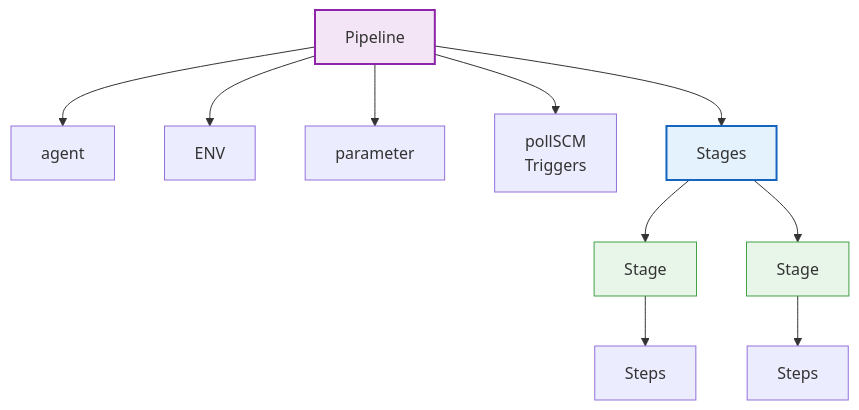
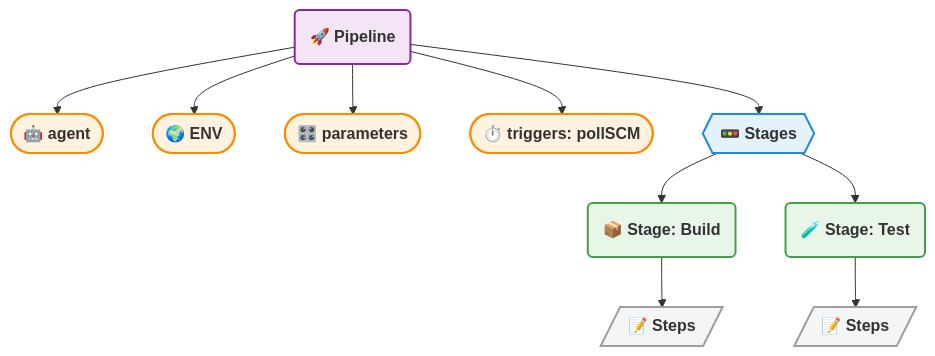
The sixth of 6 diagrams in README.md (maratinikhil/Pipeline-Documentation), drawn with Mermaid before and after one commit. The commit also changed other lines of this file, not shown here.

````diff
--- a/README.md
+++ b/README.md
@@ -298,22 +329,35 @@
 ```mermaid
 graph TD
-    Pipeline[Pipeline]
+    %% Main Pipeline Block
+    Pipeline(🚀 Pipeline)
     
-    Pipeline --> agent[agent]
-    Pipeline --> ENV[ENV]
-    Pipeline --> parameter[parameter]
-    Pipeline --> triggers[pollSCM<br>Triggers]
-    Pipeline --> Stages[Stages]
+    %% Configuration Directives
+    Pipeline --> agent([🤖 agent])
+    Pipeline --> ENV([🌍 ENV])
+    Pipeline --> parameter([🎛️ parameters])
+    Pipeline --> triggers([⏱️ triggers: pollSCM])
     
-    Stages --> Stage1[Stage]
-    Stage1 --> Steps1[Steps]
+    %% Execution Blocks
+    Pipeline --> Stages{{🚥 Stages}}
     
-    Stages --> Stage2[Stage]
-    Stage2 --> Steps2[Steps]
+    Stages --> Stage1(📦 Stage: Build)
+    Stage1 --> Steps1[/📝 Steps/]
+    
+    Stages --> Stage2(🧪 Stage: Test)
+    Stage2 --> Steps2[/📝 Steps/]
 
-    %% Styling to separate main blocks from stages
-    style Pipeline fill:#f3e5f5,stroke:#8e24aa,stroke-width:2px
-    style Stages fill:#e3f2fd,stroke:#1565c0,stroke-width:2px
-    style Stage1 fill:#e8f5e9,stroke:#43a047,stroke-width:1px
-    style Stage2 fill:#e8f5e9,stroke:#43a047,stroke-width:1px
+    %% Modern Class Definitions for cleaner styling
+    classDef default font-family:sans-serif,font-weight:bold,color:#333;
+    classDef root fill:#f3e5f5,stroke:#8e24aa,stroke-width:2px;
+    classDef config fill:#fff3e0,stroke:#fb8c00,stroke-width:2px;
+    classDef stagesGroup fill:#e3f2fd,stroke:#1e88e5,stroke-width:2px;
+    classDef stage fill:#e8f5e9,stroke:#43a047,stroke-width:2px;
+    classDef steps fill:#f5f5f5,stroke:#9e9e9e,stroke-width:2px;
+
+    %% Applying the styles
+    class Pipeline root;
+    class agent,ENV,parameter,triggers config;
+    class Stages stagesGroup;
+    class Stage1,Stage2 stage;
+    class Steps1,Steps2 steps;
 ```
````
